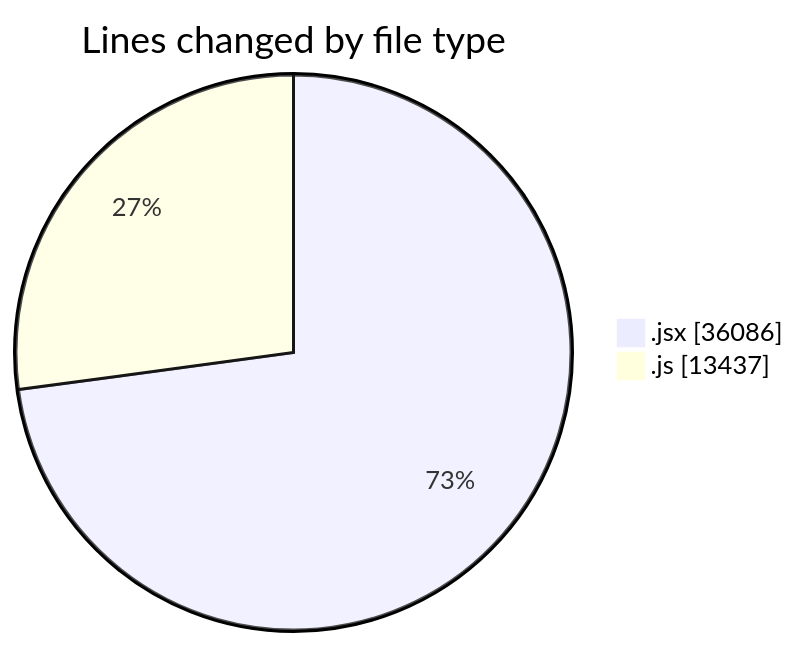
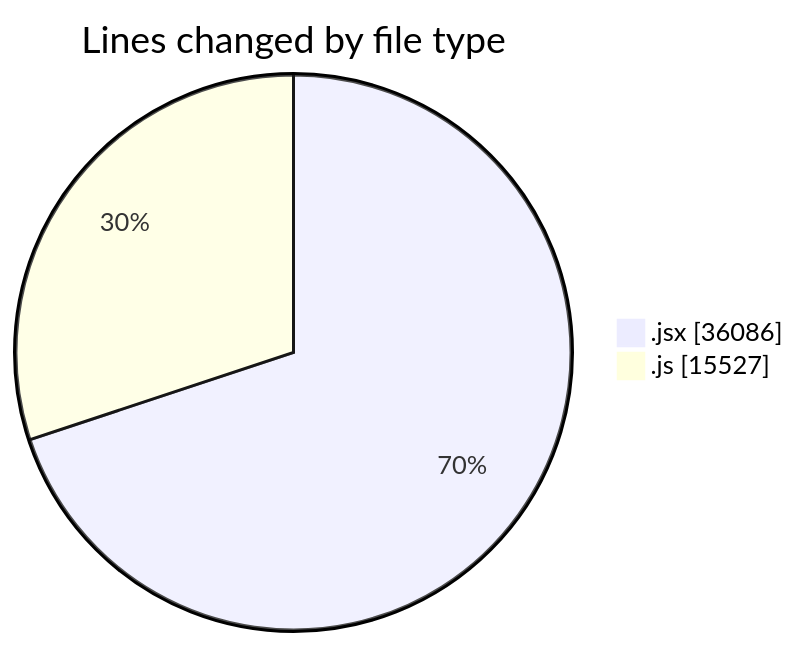
The first of 2 diagrams in 2025-09-29/nxtqube_webapp/README.md (nxtqubesakshisongat/code-tracking), drawn with Mermaid before and after one commit. The commit also changed other lines of this file and 1 other file, not shown here.

````diff
--- a/2025-09-29/nxtqube_webapp/README.md
+++ b/2025-09-29/nxtqube_webapp/README.md
@@ -22,6 +22,6 @@
 ```mermaid
 pie showData
 title Lines changed by file type
 ".jsx" : 36086
-".js" : 13437
+".js" : 15527
 ```
````
